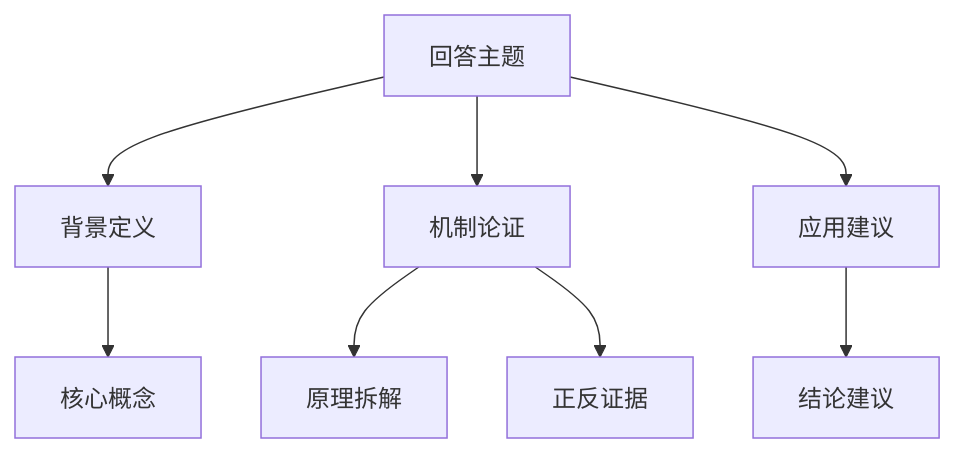
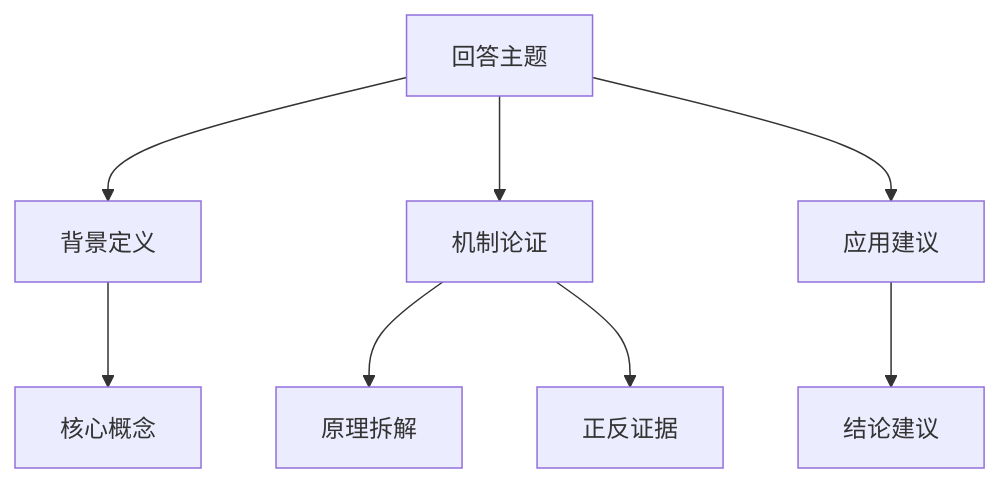
The diagram in resources/Guncat 3.0-Flash_prompt_ZH_CN.md (zhubowen-bot/Guncat-Work-for-pc), drawn with Mermaid before and after one commit. The commit also changed other lines of this file and 9 other files, not shown here.

First line of the commit message:
feat(mermaid): 导图规范从「手机竖屏」改为「桌面宽屏」——结构放开、横向可滚动

````diff
--- a/resources/Guncat 3.0-Flash_prompt_ZH_CN.md
+++ b/resources/Guncat 3.0-Flash_prompt_ZH_CN.md
@@ -491,11 +491,11 @@
 ```mermaid
-%%{init: {"flowchart": {"nodeSpacing": 40, "rankSpacing": 60, "useMaxWidth": true}}}%%
+%%{init: {"flowchart": {"nodeSpacing": 50, "rankSpacing": 70, "useMaxWidth": false}}}%%
 flowchart TD
     A["回答主题"] --> B["背景定义"]
     A --> C["机制论证"]
     A --> D["应用建议"]
     B --> E["核心概念"]
     C --> F["原理拆解"]
     C --> G["正反证据"]
     D --> H["结论建议"]
 ```
````
